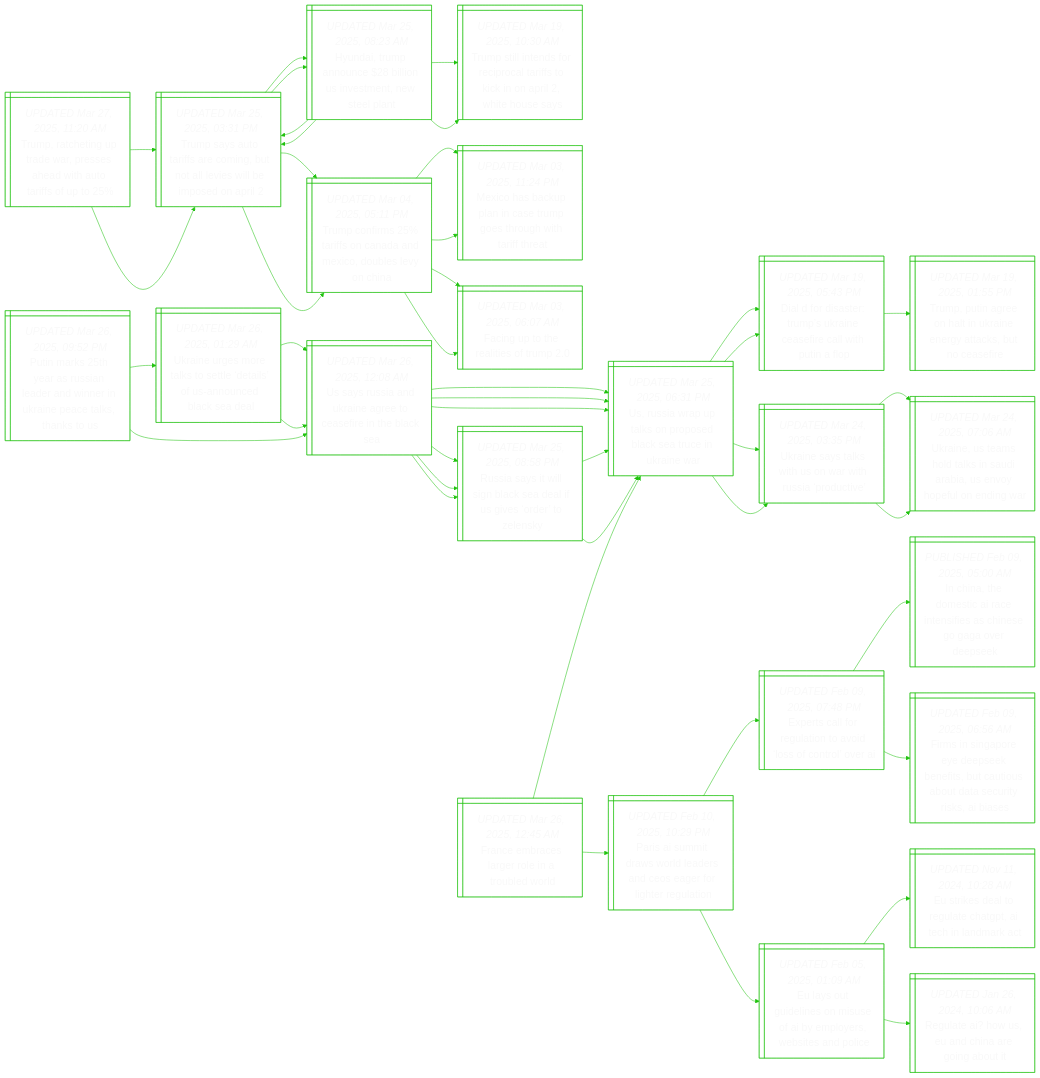
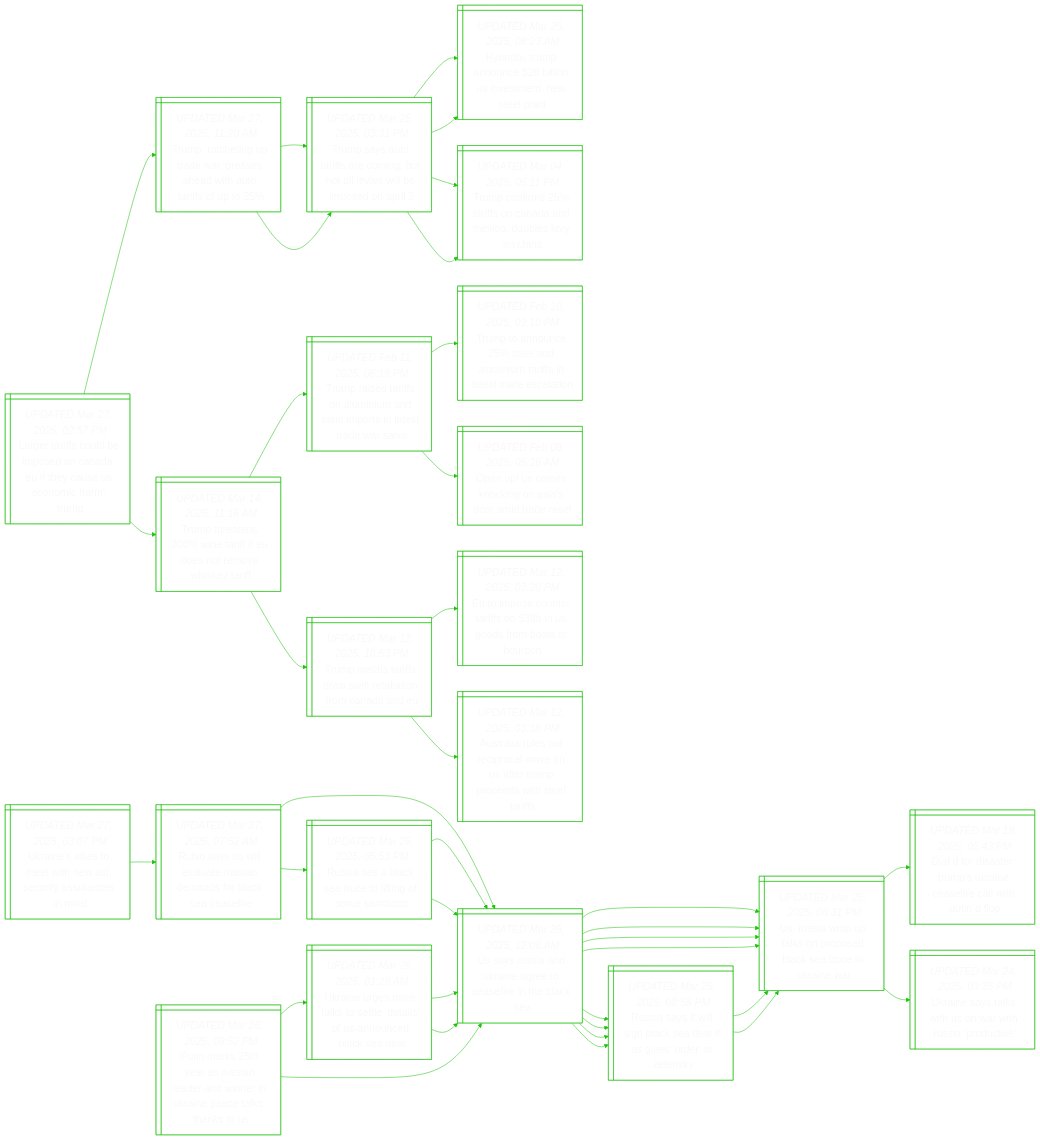
One commit to notJmes/notJmes changed the diagram in README.md. Above: the diagram before and after it, drawn with Mermaid. The commit also changed other lines of this file, not shown here.

````diff
--- a/README.md
+++ b/README.md
@@ -16,51 +16,76 @@
 flowchart LR
 classDef txtsize font-size:20px;
 
+LrfuieaEhuemrm@{ shape: win-pane, label: "_UPDATED Mar 27, 2025, 02:57 PM_
+Larger tariffs could be imposed on canada, eu if they cause us ‘economic harm’: trump" }
 Treudpeahtfp@{ shape: win-pane, label: "_UPDATED Mar 27, 2025, 11:20 AM_
 Trump, ratcheting up trade war, presses ahead with auto tariffs of up to 25%" }
 Tsuramuaviiep@{ shape: win-pane, label: "_UPDATED Mar 25, 2025, 03:31 PM_
 Trump says auto tariffs are coming, but not all levies will be imposed on april 2" }
 Hamobonmeen@{ shape: win-pane, label: "_UPDATED Mar 25, 2025, 08:23 AM_
 Hyundai, trump announce $28 billion us investment, new steel plant" }
-Tsidrrtfioitss@{ shape: win-pane, label: "_UPDATED Mar 19, 2025, 10:30 AM_
-Trump still intends for reciprocal tariffs to kick in on april 2, white house says" }
-Tsuramuaviiep@{ shape: win-pane, label: "_UPDATED Mar 25, 2025, 03:31 PM_
-Trump says auto tariffs are coming, but not all levies will be imposed on april 2" }
 TcrroadcbeC@{ shape: win-pane, label: "_UPDATED Mar 04, 2025, 05:11 PM_
 Trump confirms 25% tariffs on canada and mexico, doubles levy on china" }
-MoapnTghhtfa@{ shape: win-pane, label: "_UPDATED Mar 03, 2025, 11:24 PM_
-Mexico has backup plan in case trump goes through with tariff threat" }
-Fgtaer@{ shape: win-pane, label: "_UPDATED Mar 03, 2025, 06:07 AM_
-Facing up to the realities of trump 2.0" }
 Tsuramuaviiep@{ shape: win-pane, label: "_UPDATED Mar 25, 2025, 03:31 PM_
 Trump says auto tariffs are coming, but not all levies will be imposed on april 2" }
 Hamobonmeen@{ shape: win-pane, label: "_UPDATED Mar 25, 2025, 08:23 AM_
 Hyundai, trump announce $28 billion us investment, new steel plant" }
-Tsidrrtfioitss@{ shape: win-pane, label: "_UPDATED Mar 19, 2025, 10:30 AM_
-Trump still intends for reciprocal tariffs to kick in on april 2, white house says" }
-Tsuramuaviiep@{ shape: win-pane, label: "_UPDATED Mar 25, 2025, 03:31 PM_
-Trump says auto tariffs are coming, but not all levies will be imposed on april 2" }
 TcrroadcbeC@{ shape: win-pane, label: "_UPDATED Mar 04, 2025, 05:11 PM_
 Trump confirms 25% tariffs on canada and mexico, doubles levy on china" }
-MoapnTghhtfa@{ shape: win-pane, label: "_UPDATED Mar 03, 2025, 11:24 PM_
-Mexico has backup plan in case trump goes through with tariff threat" }
-Fgtaer@{ shape: win-pane, label: "_UPDATED Mar 03, 2025, 06:07 AM_
-Facing up to the realities of trump 2.0" }
+Tttirferekr@{ shape: win-pane, label: "_UPDATED Mar 14, 2025, 11:16 AM_
+Trump threatens 200% wine tariff if eu does not remove whiskey tariff" }
+Trsfanneonsds@{ shape: win-pane, label: "_UPDATED Feb 11, 2025, 06:19 PM_
+Trump raises tariffs on aluminium and steel imports in latest trade war salvo" }
+Ttosauuinsdao@{ shape: win-pane, label: "_UPDATED Feb 10, 2025, 09:10 PM_
+Trump to announce 25% steel and aluminium tariffs in latest trade escalation" }
+Opmogiodet@{ shape: win-pane, label: "_UPDATED Feb 08, 2025, 05:26 AM_
+Open up! us comes knocking on asia’s door amid trade reset" }
+Tmsfafaioad@{ shape: win-pane, label: "_UPDATED Mar 12, 2025, 10:53 PM_
+Trump metals tariffs draw swift retaliation from canada and eu" }
+EmceinSsbtr@{ shape: win-pane, label: "_UPDATED Mar 12, 2025, 03:20 PM_
+Eu to impose counter tariffs on $38b in us goods from boats to bourbon" }
+AauuiaeaTpetei@{ shape: win-pane, label: "_UPDATED Mar 12, 2025, 03:18 PM_
+Australia rules out reciprocal move on us after trump proceeds with steel tariffs" }
 
+LrfuieaEhuemrm:::txtsize --> Treudpeahtfp:::txtsize
 Treudpeahtfp:::txtsize --> Tsuramuaviiep:::txtsize
 Tsuramuaviiep:::txtsize --> Hamobonmeen:::txtsize
-Hamobonmeen:::txtsize --> Tsidrrtfioitss:::txtsize
-Hamobonmeen:::txtsize --> Tsuramuaviiep:::txtsize
 Tsuramuaviiep:::txtsize --> TcrroadcbeC:::txtsize
-TcrroadcbeC:::txtsize --> MoapnTghhtfa:::txtsize
-TcrroadcbeC:::txtsize --> Fgtaer:::txtsize
 Treudpeahtfp:::txtsize --> Tsuramuaviiep:::txtsize
 Tsuramuaviiep:::txtsize --> Hamobonmeen:::txtsize
-Hamobonmeen:::txtsize --> Tsidrrtfioitss:::txtsize
-Hamobonmeen:::txtsize --> Tsuramuaviiep:::txtsize
 Tsuramuaviiep:::txtsize --> TcrroadcbeC:::txtsize
-TcrroadcbeC:::txtsize --> MoapnTghhtfa:::txtsize
-TcrroadcbeC:::txtsize --> Fgtaer:::txtsize
+LrfuieaEhuemrm:::txtsize --> Tttirferekr:::txtsize
+Tttirferekr:::txtsize --> Trsfanneonsds:::txtsize
+Trsfanneonsds:::txtsize --> Ttosauuinsdao:::txtsize
+Trsfanneonsds:::txtsize --> Opmogiodet:::txtsize
+Tttirferekr:::txtsize --> Tmsfafaioad:::txtsize
+Tmsfafaioad:::txtsize --> EmceinSsbtr:::txtsize
+Tmsfafaioad:::txtsize --> AauuiaeaTpetei:::txtsize
+
+Unlowesiscm@{ shape: win-pane, label: "_UPDATED Mar 27, 2025, 03:07 PM_
+Ukraine’s allies to meet with new aid, security assurances in mind" }
+RsSeasddBSar@{ shape: win-pane, label: "_UPDATED Mar 27, 2025, 07:52 AM_
+Rubio says us will evaluate russian demands for black sea ceasefire" }
+UsiUneeitaa@{ shape: win-pane, label: "_UPDATED Mar 26, 2025, 12:08 AM_
+Us says russia and ukraine agree to ceasefire in the black sea" }
+Usaanolecke@{ shape: win-pane, label: "_UPDATED Mar 25, 2025, 06:31 PM_
+Us, russia wrap up talks on proposed black sea truce in ukraine war" }
+RailBSaSsrly@{ shape: win-pane, label: "_UPDATED Mar 25, 2025, 08:58 PM_
+Russia says it will sign black sea deal if us gives ‘order’ to zelensky" }
+Raakroisao@{ shape: win-pane, label: "_UPDATED Mar 26, 2025, 05:53 PM_
+Russia ties a black sea truce to lifting of some sanctions" }
+UsiUneeitaa@{ shape: win-pane, label: "_UPDATED Mar 26, 2025, 12:08 AM_
+Us says russia and ukraine agree to ceasefire in the black sea" }
+UsiUneeitaa@{ shape: win-pane, label: "_UPDATED Mar 26, 2025, 12:08 AM_
+Us says russia and ukraine agree to ceasefire in the black sea" }
+
+Unlowesiscm:::txtsize --> RsSeasddBSar:::txtsize
+RsSeasddBSar:::txtsize --> UsiUneeitaa:::txtsize
+UsiUneeitaa:::txtsize --> Usaanolecke:::txtsize
+UsiUneeitaa:::txtsize --> RailBSaSsrly:::txtsize
+RsSeasddBSar:::txtsize --> Raakroisao:::txtsize
+Raakroisao:::txtsize --> UsiUneeitaa:::txtsize
+Raakroisao:::txtsize --> UsiUneeitaa:::txtsize
 
 Pmtrslriiaeaht@{ shape: win-pane, label: "_UPDATED Mar 26, 2025, 09:52 PM_
 Putin marks 25th year as russian leader and winner in ukraine peace talks, thanks to us" }
@@ -108,47 +133,4 @@
 RailBSaSsrly:::txtsize --> Usaanolecke:::txtsize
 RailBSaSsrly:::txtsize --> Usaanolecke:::txtsize
 
-Feaarnuw@{ shape: win-pane, label: "_UPDATED Mar 26, 2025, 12:45 AM_
-France embraces larger role in a troubled world" }
-PAmaraaOeleuo@{ shape: win-pane, label: "_UPDATED Feb 10, 2025, 10:29 PM_
-Paris ai summit draws world leaders and ceos eager for lighter regulation" }
-Etletodotv@{ shape: win-pane, label: "_UPDATED Feb 09, 2025, 07:48 PM_
-Experts call for regulation to avoid ‘loss of control’ over ai" }
-Indtrnianooee@{ shape: win-pane, label: "_PUBLISHED Feb 09, 2025, 05:00 AM_
-In china, the domestic ai race intensifies as chinese go gaga over deepseek" }
-Figeeeebustsisbs@{ shape: win-pane, label: "_UPDATED Feb 09, 2025, 06:56 AM_
-Firms in singapore eye deepseek benefits, but cautious about data security risks, ai biases" }
-EsuinsIprsal@{ shape: win-pane, label: "_UPDATED Feb 05, 2025, 01:09 AM_
-Eu lays out guidelines on misuse of ai by employers, websites and police" }
-EieraaAhnk@{ shape: win-pane, label: "_UPDATED Nov 11, 2024, 10:28 AM_
-Eu strikes deal to regulate chatgpt, ai tech in landmark act" }
-RaHECaio@{ shape: win-pane, label: "_UPDATED Jan 26, 2024, 10:06 AM_
-Regulate ai? how us, eu and china are going about it" }
-Usaanolecke@{ shape: win-pane, label: "_UPDATED Mar 25, 2025, 06:31 PM_
-Us, russia wrap up talks on proposed black sea truce in ukraine war" }
-Dfsrpaeilhnp@{ shape: win-pane, label: "_UPDATED Mar 19, 2025, 05:43 PM_
-Dial d for disaster: trump’s ukraine ceasefire call with putin a flop" }
-TPaotreyctar@{ shape: win-pane, label: "_UPDATED Mar 19, 2025, 01:55 PM_
-Trump, putin agree on halt in ukraine energy attacks, but no ceasefire" }
-UnssUahidv@{ shape: win-pane, label: "_UPDATED Mar 24, 2025, 03:35 PM_
-Ukraine says talks with us on war with russia ‘productive’" }
-UneolSAavpoir@{ shape: win-pane, label: "_UPDATED Mar 24, 2025, 07:06 AM_
-Ukraine, us teams hold talks in saudi arabia, us envoy hopeful on ending war" }
-UneolSAavpoir@{ shape: win-pane, label: "_UPDATED Mar 24, 2025, 07:06 AM_
-Ukraine, us teams hold talks in saudi arabia, us envoy hopeful on ending war" }
-
-Feaarnuw:::txtsize --> PAmaraaOeleuo:::txtsize
-PAmaraaOeleuo:::txtsize --> Etletodotv:::txtsize
-Etletodotv:::txtsize --> Indtrnianooee:::txtsize
-Etletodotv:::txtsize --> Figeeeebustsisbs:::txtsize
-PAmaraaOeleuo:::txtsize --> EsuinsIprsal:::txtsize
-EsuinsIprsal:::txtsize --> EieraaAhnk:::txtsize
-EsuinsIprsal:::txtsize --> RaHECaio:::txtsize
-Feaarnuw:::txtsize --> Usaanolecke:::txtsize
-Usaanolecke:::txtsize --> Dfsrpaeilhnp:::txtsize
-Dfsrpaeilhnp:::txtsize --> TPaotreyctar:::txtsize
-Usaanolecke:::txtsize --> UnssUahidv:::txtsize
-UnssUahidv:::txtsize --> UneolSAavpoir:::txtsize
-UnssUahidv:::txtsize --> UneolSAavpoir:::txtsize
-
 ```
````
